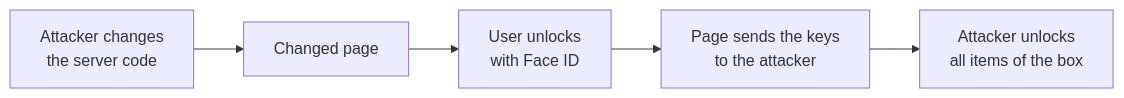
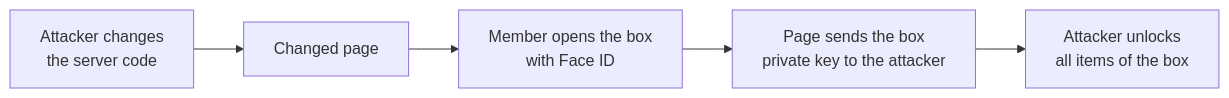
The diagram in docs/08-security.md (intaniger/secretbox), drawn with Mermaid before and after one commit. The commit also changed other lines of this file and 30 other files, not shown here.

````diff
--- a/docs/08-security.md
+++ b/docs/08-security.md
@@ -49,7 +51,7 @@
 ```mermaid
 flowchart LR
   A["Attacker changes<br/>the server code"] --> P["Changed page"]
-  P --> U["User unlocks<br/>with Face ID"]
-  U --> K["Page sends the keys<br/>to the attacker"]
+  P --> U["Member opens the box<br/>with Face ID"]
+  U --> K["Page sends the box<br/>private key to the attacker"]
   K --> D["Attacker unlocks<br/>all items of the box"]
 ```
````
